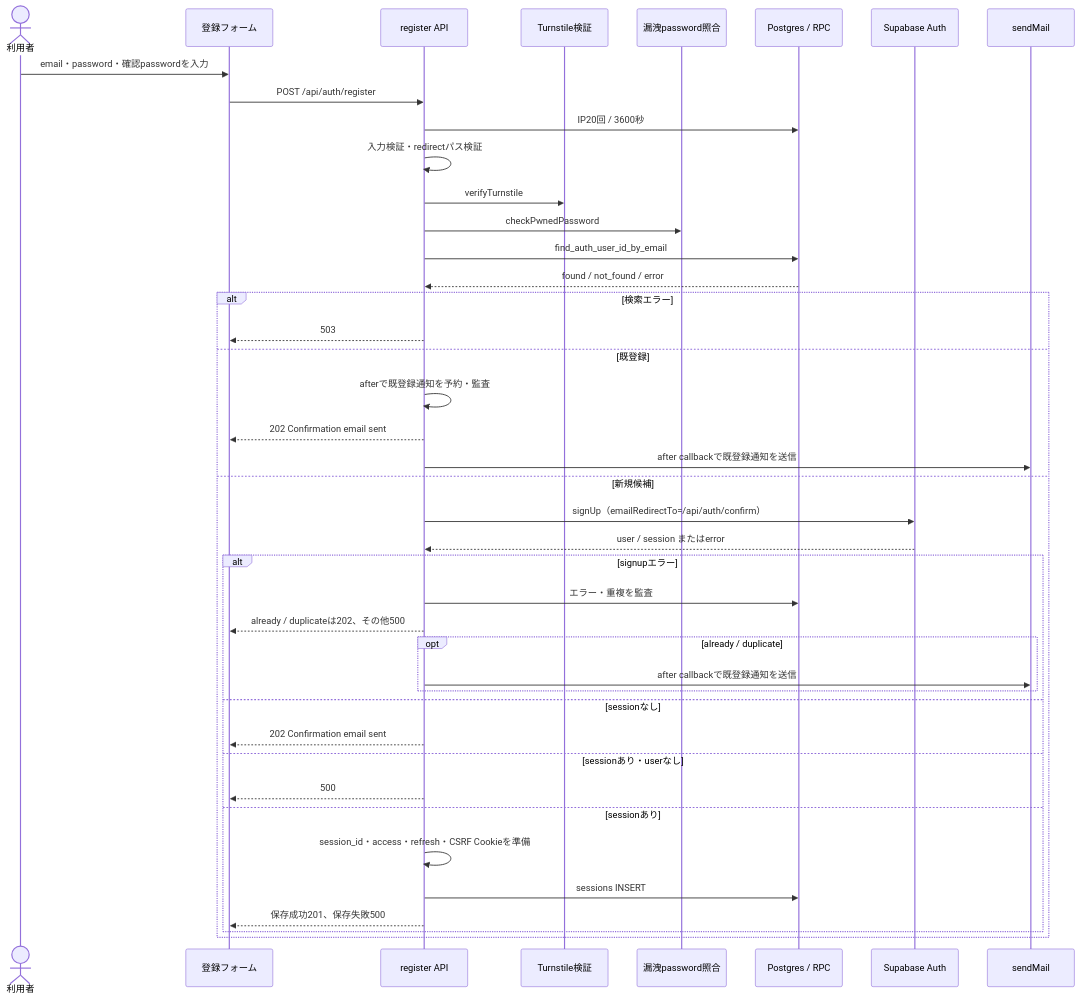
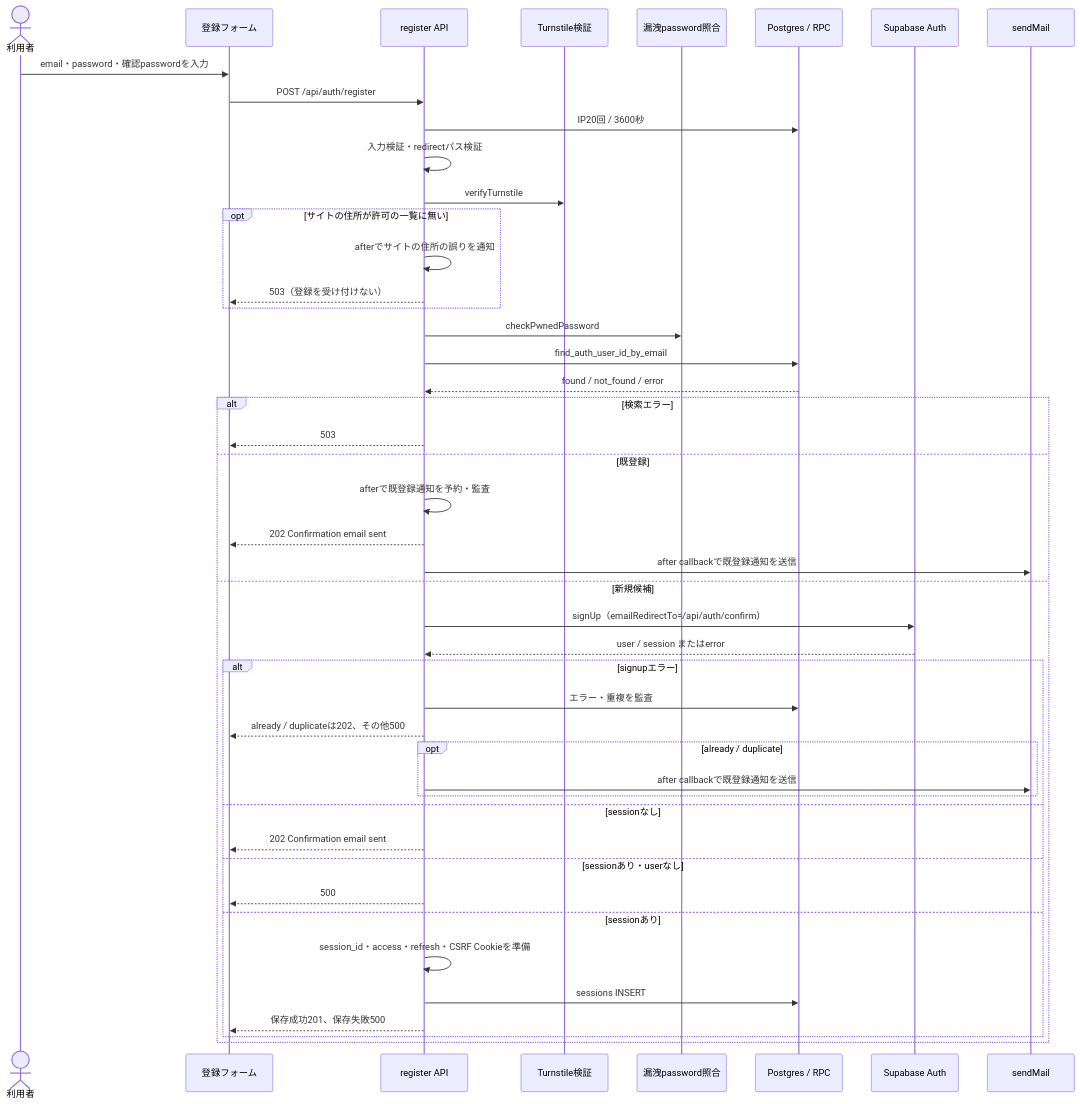
Before and after one commit to ChocoWork/o_official: the first of 3 diagrams in docs/04_DetailDesign/sequence/auth-registration.md, drawn with Mermaid. The commit also changed other lines of this file and 20 other files, not shown here.

````diff
--- a/docs/04_DetailDesign/sequence/auth-registration.md
+++ b/docs/04_DetailDesign/sequence/auth-registration.md
@@ -27,44 +27,48 @@
 ```mermaid
 sequenceDiagram
   actor User as 利用者
   participant UI as 登録フォーム
   participant API as register API
   participant Bot as Turnstile検証
   participant Check as 漏洩password照合
   participant DB as Postgres / RPC
   participant Auth as Supabase Auth
   participant Mail as sendMail
   User->>UI: email・password・確認passwordを入力
   UI->>API: POST /api/auth/register
   API->>DB: IP20回 / 3600秒
   API->>API: 入力検証・redirectパス検証
   API->>Bot: verifyTurnstile
+  opt サイトの住所が許可の一覧に無い
+    API->>API: afterでサイトの住所の誤りを通知
+    API-->>UI: 503（登録を受け付けない）
+  end
   API->>Check: checkPwnedPassword
   API->>DB: find_auth_user_id_by_email
   DB-->>API: found / not_found / error
   alt 検索エラー
     API-->>UI: 503
   else 既登録
     API->>API: afterで既登録通知を予約・監査
     API-->>UI: 202 Confirmation email sent
     API->>Mail: after callbackで既登録通知を送信
   else 新規候補
     API->>Auth: signUp（emailRedirectTo=/api/auth/confirm）
     Auth-->>API: user / session またはerror
     alt signupエラー
       API->>DB: エラー・重複を監査
       API-->>UI: already / duplicateは202、その他500
       opt already / duplicate
         API->>Mail: after callbackで既登録通知を送信
       end
     else sessionなし
       API-->>UI: 202 Confirmation email sent
     else sessionあり・userなし
       API-->>UI: 500
     else sessionあり
       API->>API: session_id・access・refresh・CSRF Cookieを準備
       API->>DB: sessions INSERT
       API-->>UI: 保存成功201、保存失敗500
     end
   end
 ```
````
